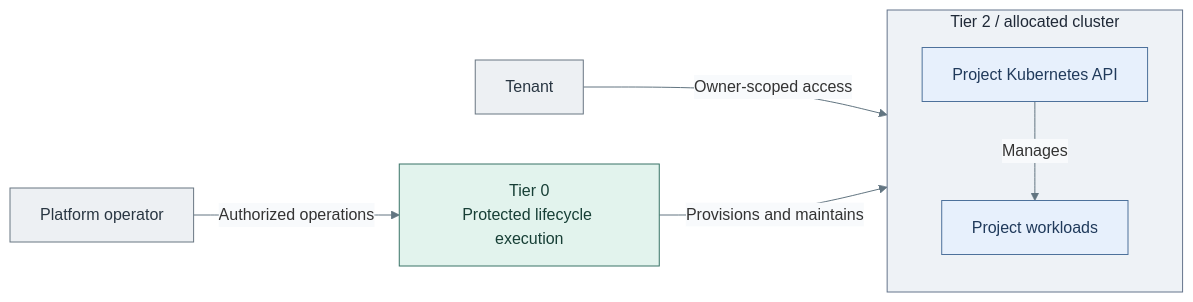
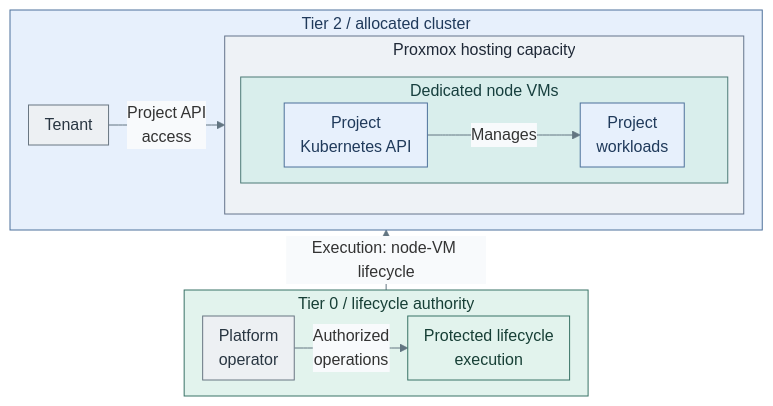
Before and after one commit to Rexus/homelab: the diagram in docs/01-architecture/04-hosting/04-lab-environments.md, drawn with Mermaid. The commit also changed other lines of this file and 279 other files, not shown here.

````diff
--- a/docs/01-architecture/04-hosting/04-lab-environments.md
+++ b/docs/01-architecture/04-hosting/04-lab-environments.md
@@ -36,25 +7,36 @@
 ```mermaid
-%%{init: {"theme":"base","themeVariables":{"lineColor":"#627581","edgeLabelBackground":"#f8fafc"}}}%%
-flowchart LR
-  Tenant["Tenant"]
-  Operator["Platform operator"]
+%%{init: {"theme":"base","flowchart":{"nodeSpacing":12,"rankSpacing":12,"padding":8,"wrappingWidth":300,"subGraphTitleMargin":{"top":2,"bottom":8}},"themeVariables":{"lineColor":"#627581","edgeLabelBackground":"#f8fafc"}}}%%
+flowchart BT
   subgraph T2["Tier 2 / allocated cluster"]
-    direction TB
-    API["Project Kubernetes API"]
-    Workloads["Project workloads"]
-    API -->|Manages| Workloads
+    direction LR
+    Tenant["Tenant"]
+    subgraph PVE["Proxmox hosting capacity"]
+      subgraph Nodes["Dedicated node VMs"]
+        direction LR
+        API["Project<br/>Kubernetes API"]
+        Workloads["Project<br/>workloads"]
+        API -- "Manages" --> Workloads
+      end
+    end
+    Tenant -- "Project API<br/>access" --> PVE
   end
-  Execution["Tier 0<br/>Protected lifecycle execution"]
-  Tenant -->|Owner-scoped access| API
-  Operator -->|Authorized operations| Execution
-  Execution -->|Provisions and maintains| T2
+  subgraph T0["Tier 0 / lifecycle authority"]
+    direction LR
+    Operator["Platform<br/>operator"]
+    Execution["Protected lifecycle<br/>execution"]
+    Operator -- "Authorized<br/>operations" --> Execution
+  end
+  T0 -- "Execution: node-VM lifecycle" --> T2
   classDef default fill:#f8fafc,stroke:#64748b,color:#1f2937
   classDef actor fill:#edf0f3,stroke:#697682,color:#293642
   classDef boundary fill:#eef2f6,stroke:#64748b,color:#1f2937
   classDef services fill:#e7f0fc,stroke:#4d719b,color:#203a5b
   classDef control fill:#e2f3ed,stroke:#397366,color:#173f36
+  classDef runtime fill:#d9eeec,stroke:#4d7b77,color:#173f3e
   class Tenant,Operator actor
-  class T2 boundary
+  class T2 services
+  class PVE boundary
   class API,Workloads services
-  class Execution control
+  class T0,Execution control
+  class Nodes runtime
 ```
````
